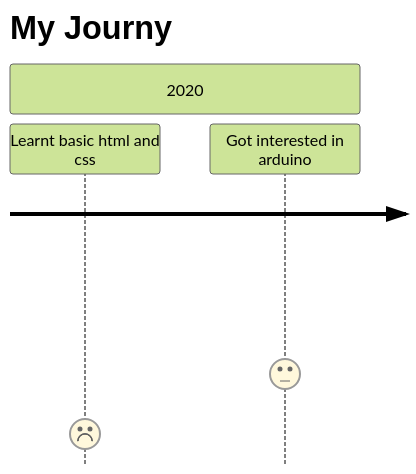
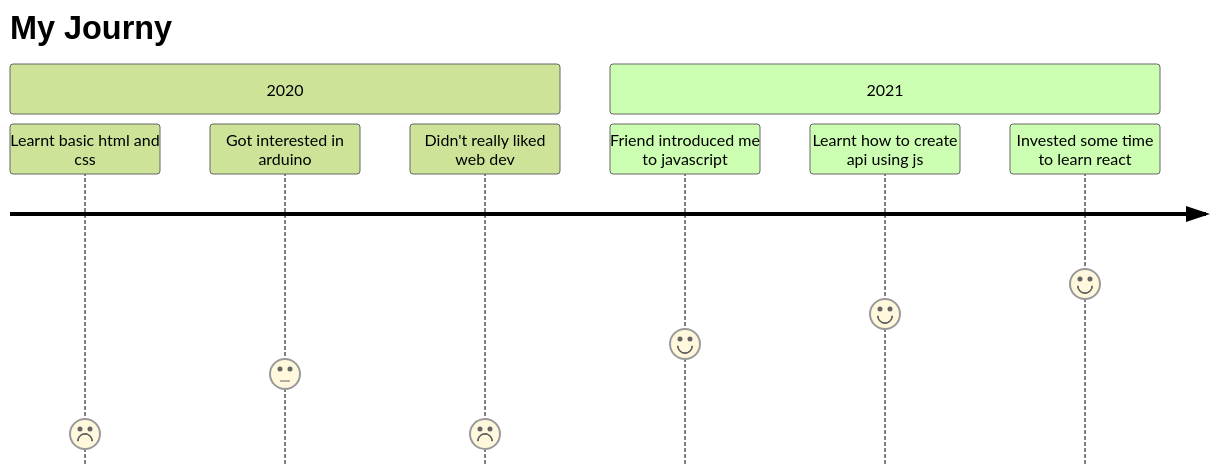
Before and after one commit to pratik-londhe4/pratik-londhe4: the diagram in README.md, drawn with Mermaid (forest theme).

````diff
--- a/README.md
+++ b/README.md
@@ -16,12 +16,16 @@
 ```mermaid
 journey
 	title   My Journy 
 	section 2020
 		Learnt basic html and css  :  1
 		Got interested in arduino  : 3
+		Didn't really liked web dev : 1
 		
 	section 2021
+		Friend introduced me to javascript : 4
+		Learnt how to create api using js : 5
+		Invested some time to learn react : 6
 		
 	section 2021
 		
 ```
````
